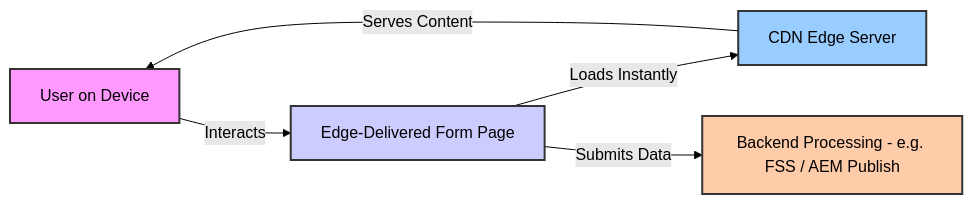
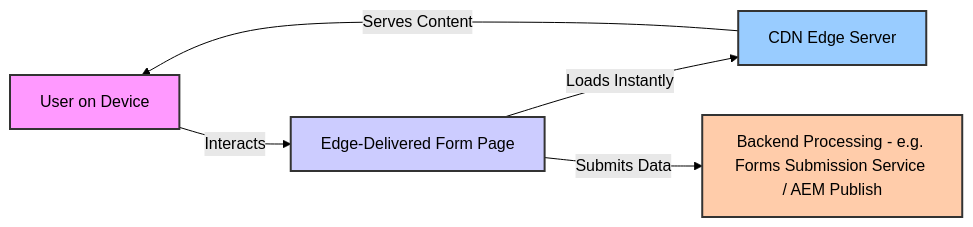
One commit to AdobeDocs/experience-manager-cloud-service.en changed the first of 7 diagrams in help/edge/docs/forms/overview.md. Above: the diagram before and after it, drawn with Mermaid (forest theme). The commit also changed other lines of this file and 3 other files, not shown here.

````diff
--- a/help/edge/docs/forms/overview.md
+++ b/help/edge/docs/forms/overview.md
@@ -44,11 +45,11 @@
 ```mermaid
 graph LR
     User[User on Device] -->|Interacts| EdgeForm[Edge-Delivered Form Page]
     EdgeForm -->|Loads Instantly| CDN[CDN Edge Server]
     CDN -->|Serves Content| User
-    EdgeForm -->|Submits Data| Backend[Backend Processing - e.g. FSS / AEM Publish]
+    EdgeForm -->|Submits Data| Backend[Backend Processing - e.g. Forms Submission Service / AEM Publish]
     style User fill:#f9f,stroke:#333,stroke-width:2px
     style EdgeForm fill:#ccf,stroke:#333,stroke-width:2px
     style CDN fill:#9cf,stroke:#333,stroke-width:2px
     style Backend fill:#fca,stroke:#333,stroke-width:2px
 ```
````
